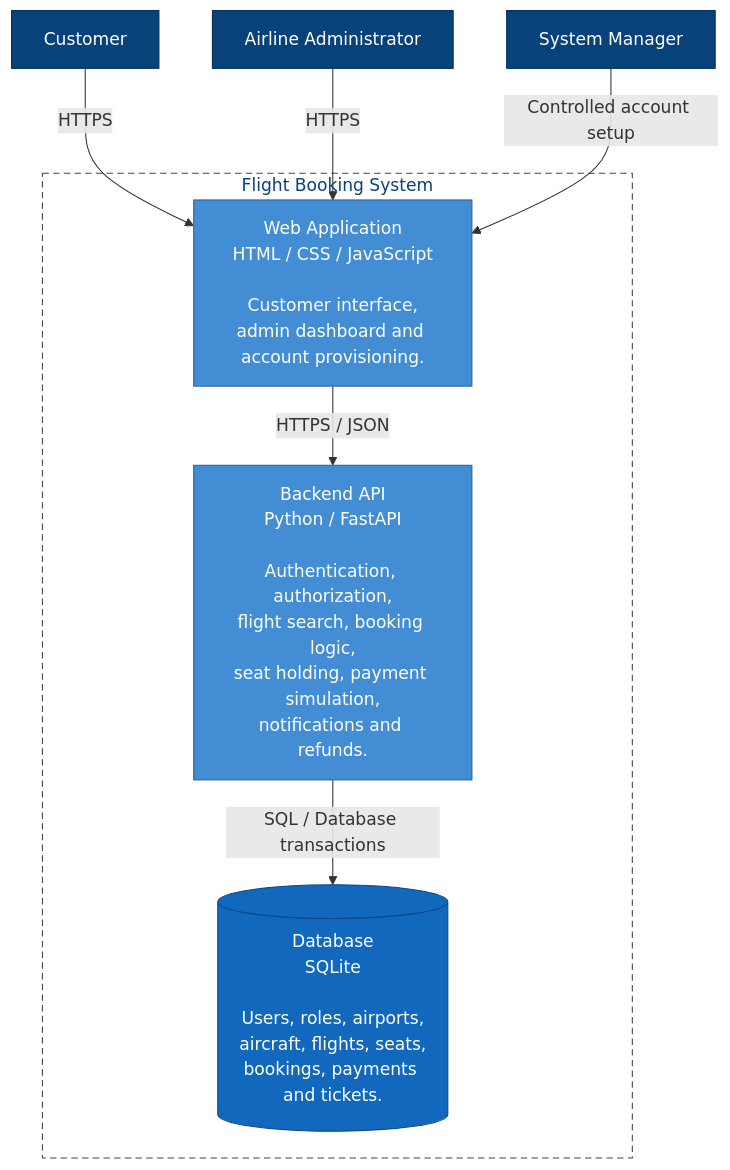
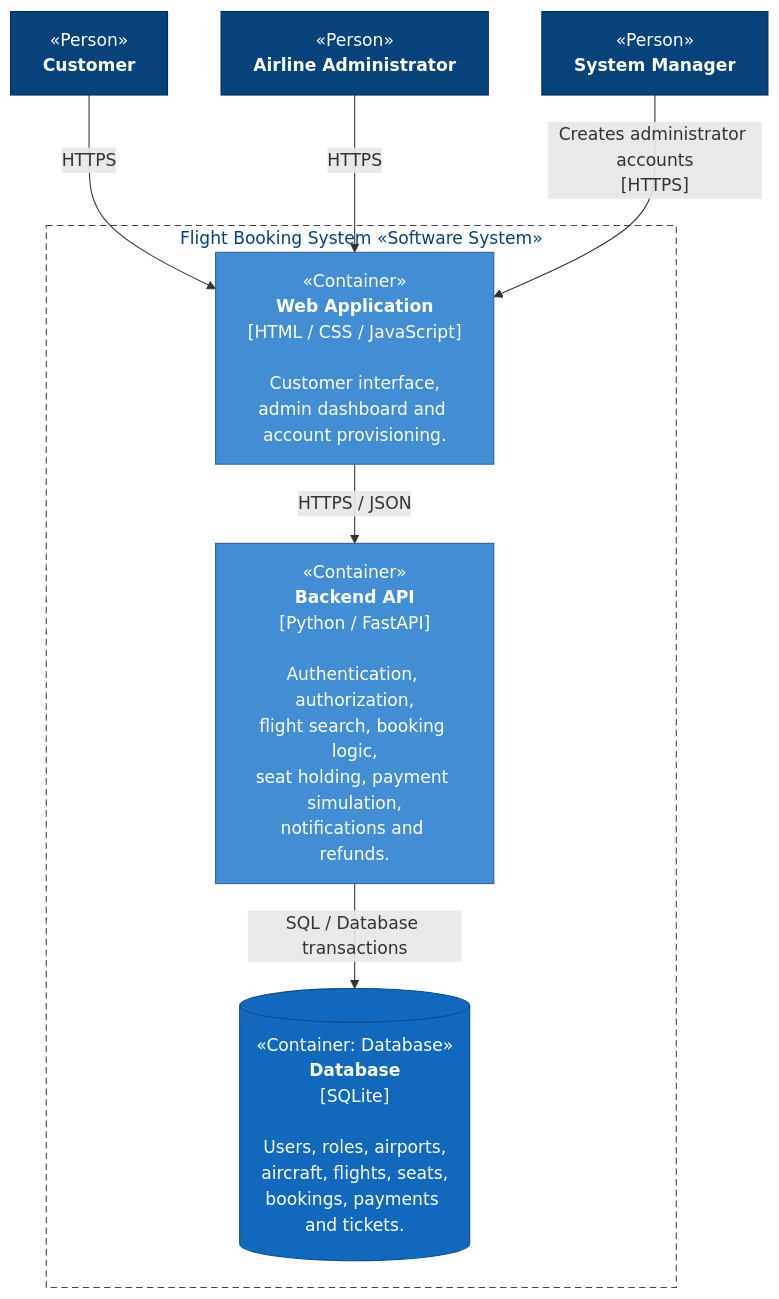
Before and after one commit to AbdalslamBondoq/Software-project-Flight-Booking-System: the diagram in uml/c4_container.md, drawn with Mermaid.

Commit message:
docs: add C4 element types and technologies to the container diagram
Labels each element with its C4 type (Person, Software System, Container) and shows technologies in square brackets, as in the C4 notation from slide deck SD07a. Renames the System Manager relationship to "Creates administrator accounts [HTTPS]" to match the other relationships.

````diff
--- a/uml/c4_container.md
+++ b/uml/c4_container.md
@@ -8,35 +8,35 @@
 ```mermaid
 flowchart TB
 
-    customer["Customer"]
-    admin["Airline Administrator"]
-    manager["System Manager"]
+    customer["«Person»<br/><b>Customer</b>"]
+    admin["«Person»<br/><b>Airline Administrator</b>"]
+    manager["«Person»<br/><b>System Manager</b>"]
 
-    subgraph boundary["Flight Booking System"]
+    subgraph boundary["Flight Booking System «Software System»"]
 
-        web["Web Application<br/>HTML / CSS / JavaScript<br/><br/>Customer interface,<br/>admin dashboard and account provisioning."]
+        web["«Container»<br/><b>Web Application</b><br/>[HTML / CSS / JavaScript]<br/><br/>Customer interface,<br/>admin dashboard and account provisioning."]
 
-        api["Backend API<br/>Python / FastAPI<br/><br/>Authentication, authorization,<br/>flight search, booking logic,<br/>seat holding, payment simulation,<br/>notifications and refunds."]
+        api["«Container»<br/><b>Backend API</b><br/>[Python / FastAPI]<br/><br/>Authentication, authorization,<br/>flight search, booking logic,<br/>seat holding, payment simulation,<br/>notifications and refunds."]
 
-        db[("Database<br/>SQLite<br/><br/>Users, roles, airports,<br/>aircraft, flights, seats,<br/>bookings, payments and tickets.")]
+        db[("«Container: Database»<br/><b>Database</b><br/>[SQLite]<br/><br/>Users, roles, airports,<br/>aircraft, flights, seats,<br/>bookings, payments and tickets.")]
 
     end
 
     customer -->|"HTTPS"| web
     admin -->|"HTTPS"| web
-    manager -->|"Controlled account setup"| web
+    manager -->|"Creates administrator accounts<br/>[HTTPS]"| web
 
     web -->|"HTTPS / JSON"| api
 
     api -->|"SQL / Database transactions"| db
 
     classDef person fill:#08427b,stroke:#052e56,color:#fff
     classDef container fill:#438dd5,stroke:#2e6295,color:#fff
     classDef database fill:#1168bd,stroke:#0b4884,color:#fff
 
     class customer,admin,manager person
     class web,api container
     class db database
 
     style boundary fill:#ffffff,stroke:#444444,stroke-dasharray:6 4,color:#08427b
 ```
````
